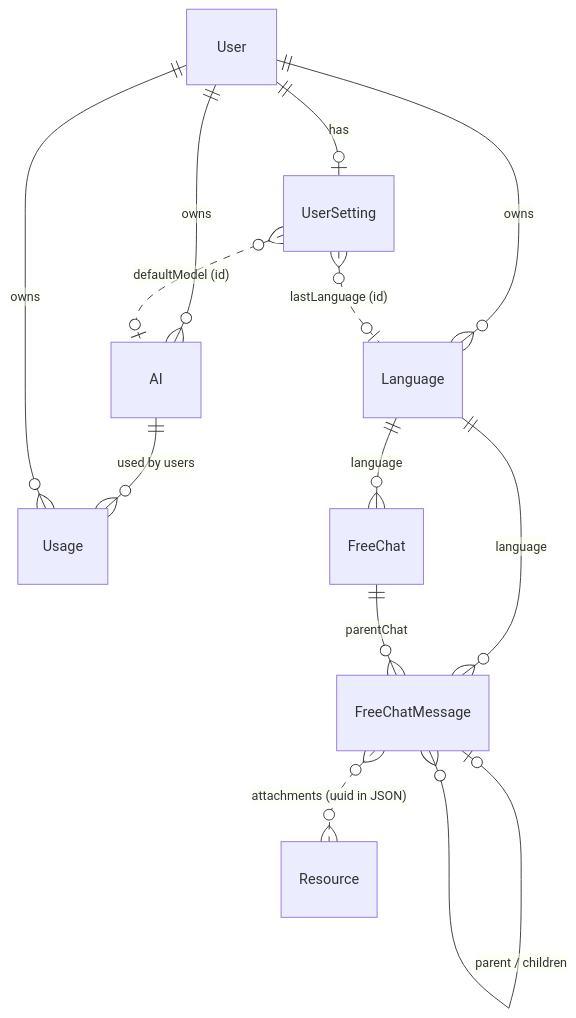
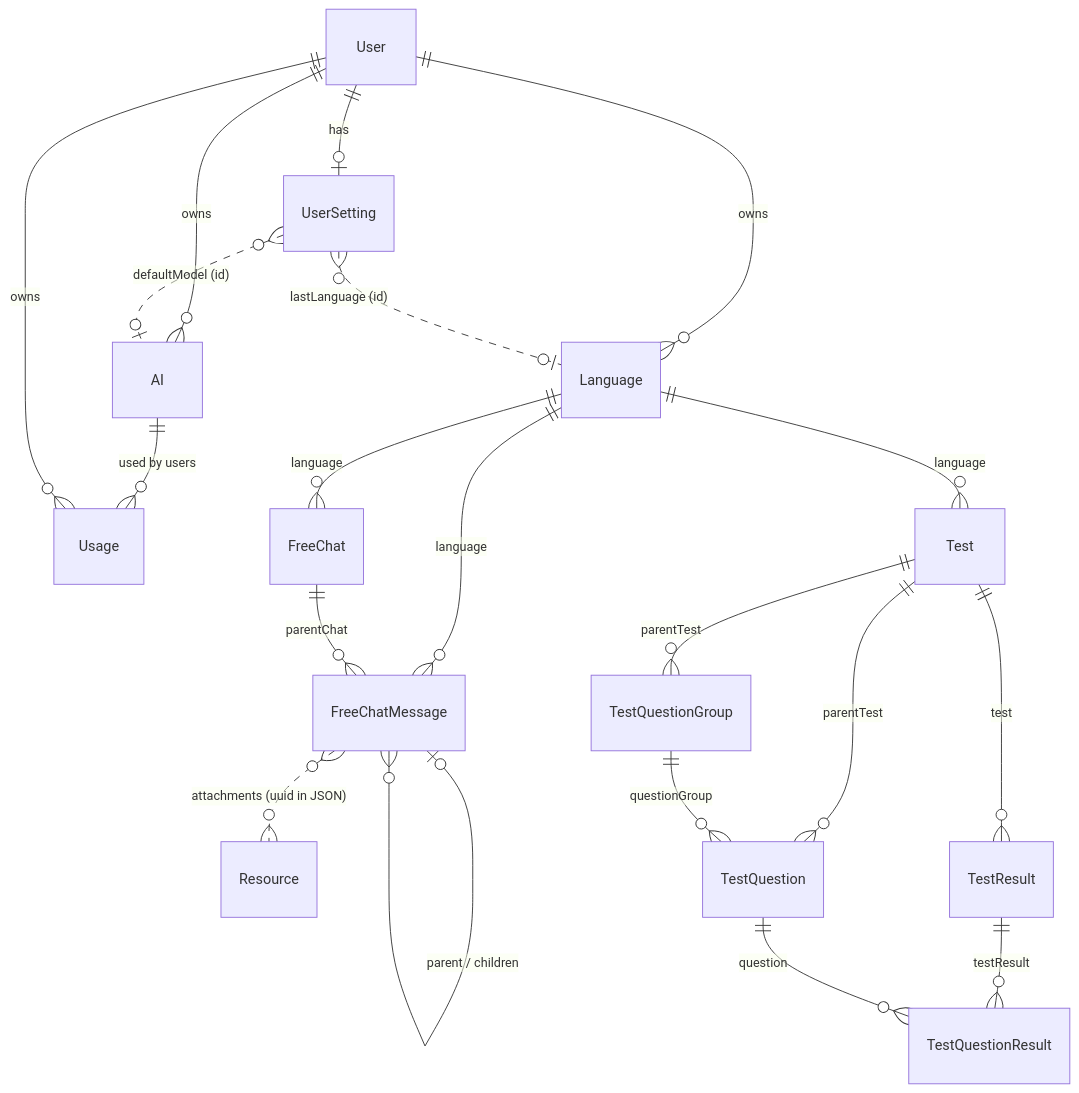
The first of 2 diagrams in docs/developer/domain-model.md (Enerccio/LingoLLM), drawn with Mermaid before and after one commit. The commit also changed other lines of this file and 98 other files, not shown here.

Commit message:
Add CEFR level descriptors and localization for language profiles, implement level-gauging test generation and handling, introduce question types and metadata annotations, and update related services, models, and documentation.

````diff
--- a/docs/developer/domain-model.md
+++ b/docs/developer/domain-model.md
@@ -26,16 +27,23 @@
 ```mermaid
 erDiagram
     User ||--o{ Language : owns
     User ||--o{ AI : owns
     AI ||--o{ Usage : "used by users"
     User ||--o{ Usage : owns
     User ||--o| UserSetting : has
 
     Language ||--o{ FreeChat : "language"
     Language ||--o{ FreeChatMessage : "language"
     FreeChat ||--o{ FreeChatMessage : "parentChat"
     FreeChatMessage |o--o{ FreeChatMessage : "parent / children"
     FreeChatMessage }o..o{ Resource : "attachments (uuid in JSON)"
+    Language ||--o{ Test : "language"
+    Test ||--o{ TestQuestionGroup : "parentTest"
+    Test ||--o{ TestQuestion : "parentTest"
+    TestQuestionGroup ||--o{ TestQuestion : "questionGroup"
+    Test ||--o{ TestResult : "test"
+    TestResult ||--o{ TestQuestionResult : "testResult"
+    TestQuestion ||--o{ TestQuestionResult : "question"
     UserSetting }o..o| Language : "lastLanguage (id)"
     UserSetting }o..o| AI : "defaultModel (id)"
 ```
````
